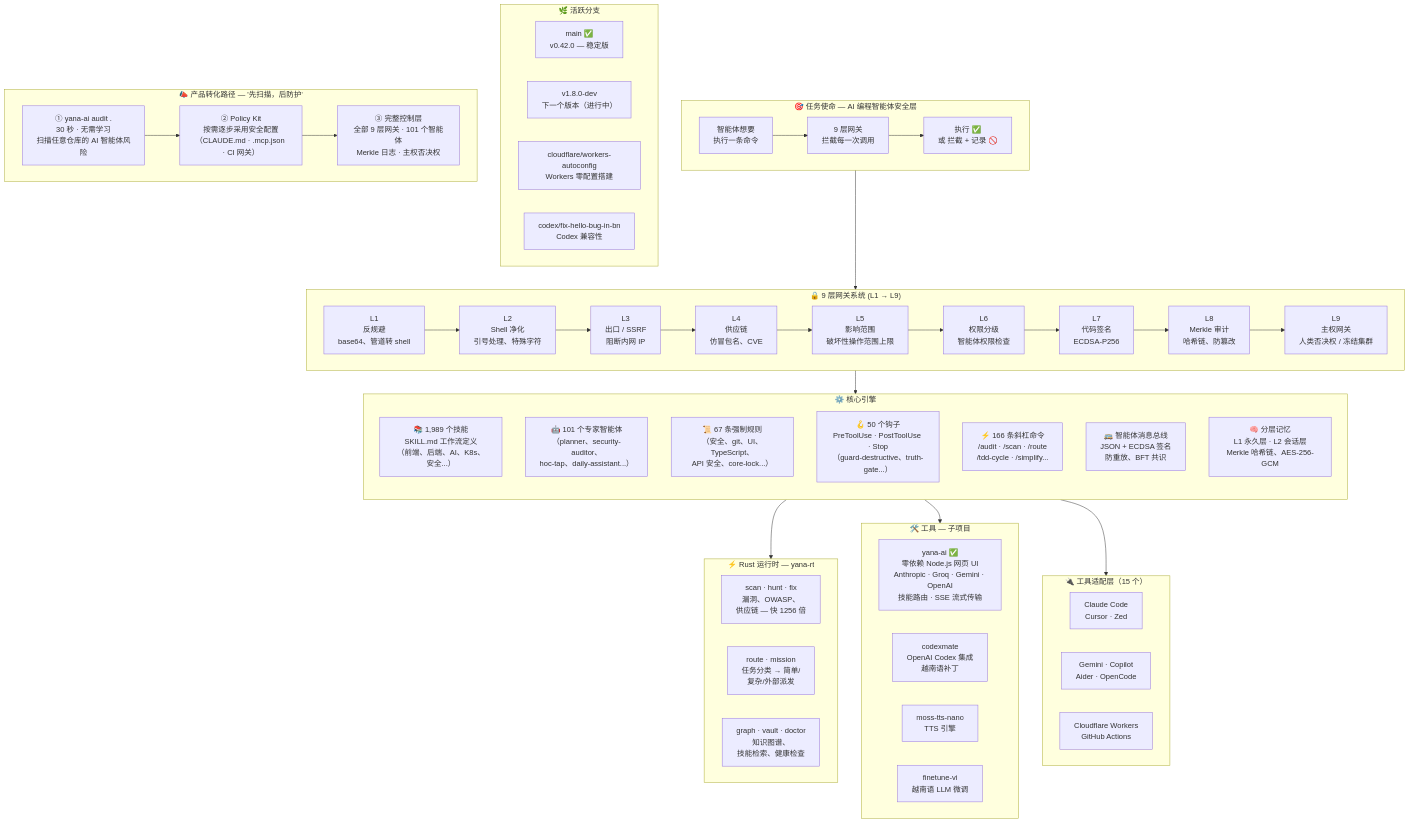
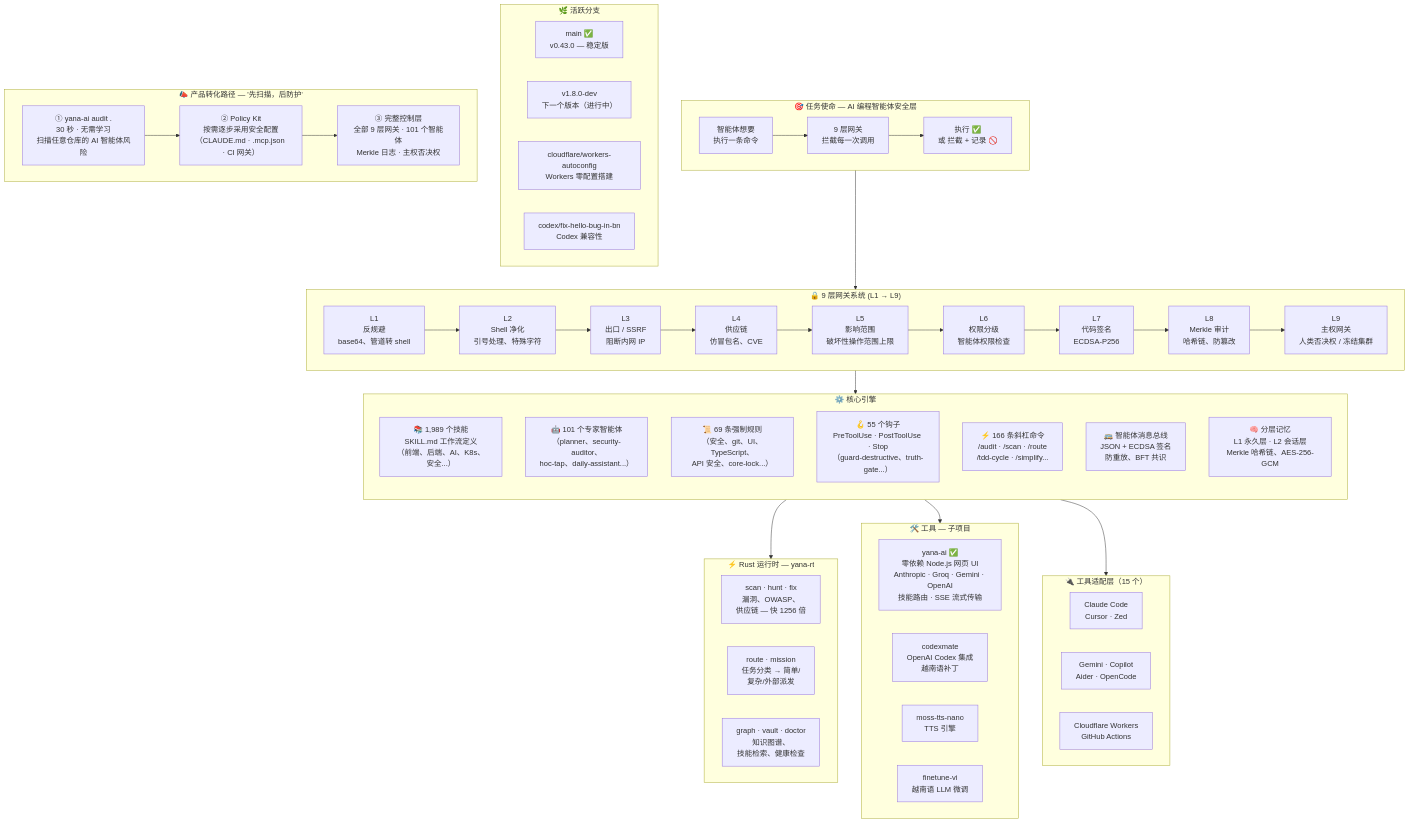
One commit to yanacuti1121/Yana-AI changed the diagram in README.zh.md. Above: the diagram before and after it, drawn with Mermaid. The commit also changed other lines of this file and 17 other files, not shown here.

```diff
--- a/README.zh.md
+++ b/README.zh.md
@@ -149,8 +149,8 @@
         direction TB
         SKILLS["📚 1,989 个技能\nSKILL.md 工作流定义\n（前端、后端、AI、K8s、安全...）"]
         AGENTS["🤖 101 个专家智能体\n（planner、security-auditor、\nhoc-tap、daily-assistant...）"]
-        RULES["📜 67 条强制规则\n（安全、git、UI、TypeScript、\nAPI 安全、core-lock...）"]
-        HOOKS["🪝 50 个钩子\nPreToolUse · PostToolUse · Stop\n（guard-destructive、truth-gate...）"]
+        RULES["📜 69 条强制规则\n（安全、git、UI、TypeScript、\nAPI 安全、core-lock...）"]
+        HOOKS["🪝 55 个钩子\nPreToolUse · PostToolUse · Stop\n（guard-destructive、truth-gate...）"]
         CMDS["⚡ 166 条斜杠命令\n/audit · /scan · /route\n/tdd-cycle · /simplify..."]
         BUS["🚌 智能体消息总线\nJSON + ECDSA 签名\n防重放、BFT 共识"]
         MEM["🧠 分层记忆\nL1 永久层 · L2 会话层\nMerkle 哈希链、AES-256-GCM"]
@@ -184,7 +184,7 @@
     %% ── Active branches ──────────────────────────────────────────────────
     subgraph BRANCHES["🌿 活跃分支"]
         direction LR
-        BMAIN["main ✅\nv0.42.0 — 稳定版"]
+        BMAIN["main ✅\nv0.43.0 — 稳定版"]
         BVDEV["v1.8.0-dev\n下一个版本（进行中）"]
         BCF["cloudflare/workers-autoconfig\nWorkers 零配置搭建"]
         BCX["codex/fix-hello-bug-in-bn\nCodex 兼容性"]
```
